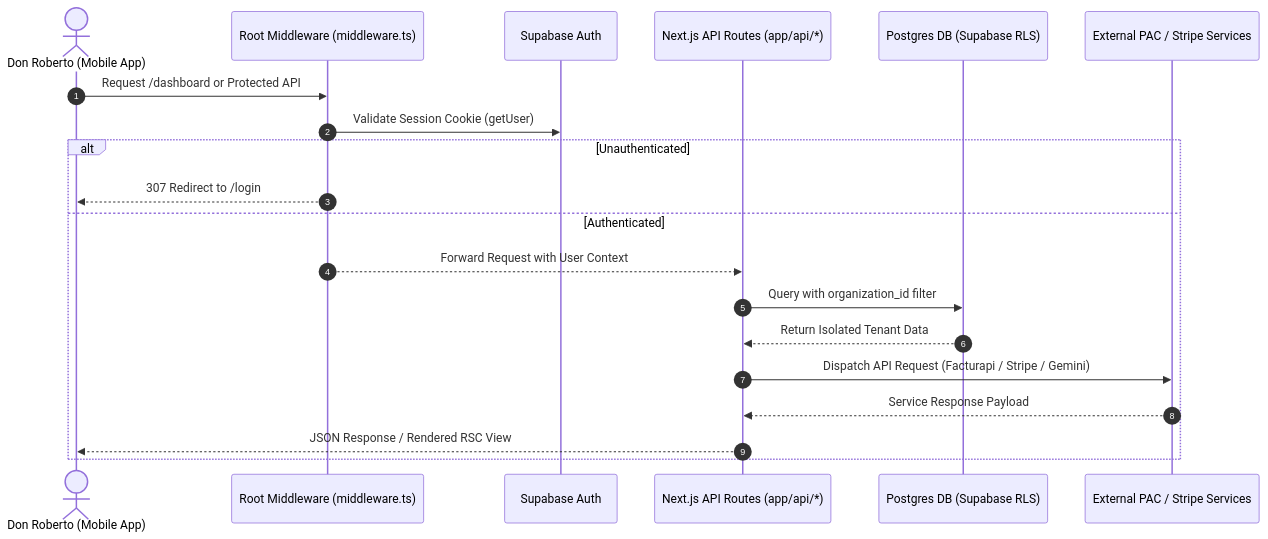
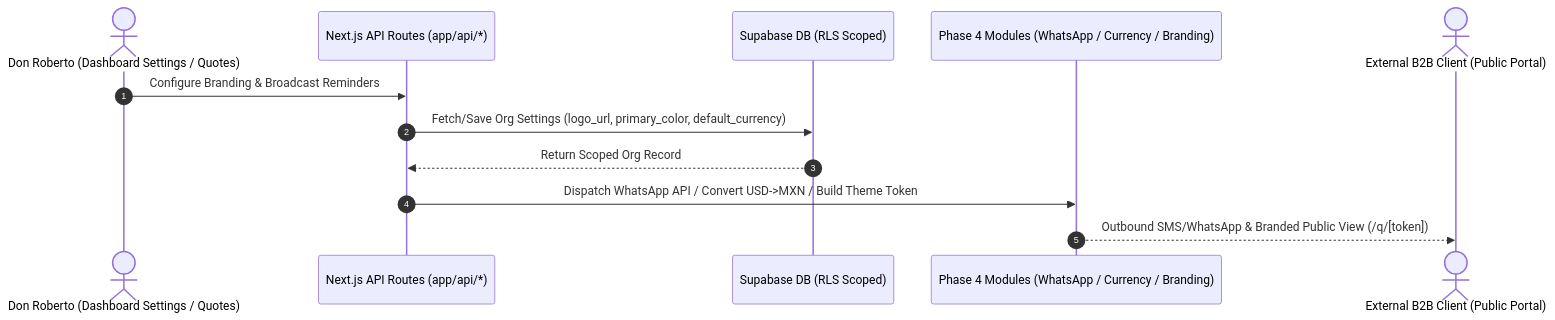
One commit to jesushzv/business-helper changed the diagram in docs/03-product-specs/feature_implementation_spec.md. Above: the diagram before and after it, drawn with Mermaid. The commit also changed other lines of this file and 11 other files, not shown here.

Commit message:
feat: implement Phase 4 post-launch features including automated WhatsApp broadcasting, multi-currency support, and organization branding settings.

````diff
--- a/docs/03-product-specs/feature_implementation_spec.md
+++ b/docs/03-product-specs/feature_implementation_spec.md
@@ -92,23 +81,15 @@
 ```mermaid
 sequenceDiagram
     autonumber
-    actor User as Don Roberto (Mobile App)
-    participant MW as Root Middleware (middleware.ts)
-    participant Auth as Supabase Auth
+    actor Owner as Don Roberto (Dashboard Settings / Quotes)
     participant API as Next.js API Routes (app/api/*)
-    participant DB as Postgres DB (Supabase RLS)
-    participant Ext as External PAC / Stripe Services
+    participant DB as Supabase DB (RLS Scoped)
+    participant Engine as Phase 4 Modules (WhatsApp / Currency / Branding)
+    actor Client as External B2B Client (Public Portal)
 
-    User->>MW: Request /dashboard or Protected API
-    MW->>Auth: Validate Session Cookie (getUser)
-    alt Unauthenticated
-        MW-->>User: 307 Redirect to /login
-    else Authenticated
-        MW-->>API: Forward Request with User Context
-        API->>DB: Query with organization_id filter
-        DB-->>API: Return Isolated Tenant Data
-        API->>Ext: Dispatch API Request (Facturapi / Stripe / Gemini)
-        Ext-->>API: Service Response Payload
-        API-->>User: JSON Response / Rendered RSC View
-    end
+    Owner->>API: Configure Branding & Broadcast Reminders
+    API->>DB: Fetch/Save Org Settings (logo_url, primary_color, default_currency)
+    DB-->>API: Return Scoped Org Record
+    API->>Engine: Dispatch WhatsApp API / Convert USD->MXN / Build Theme Token
+    Engine-->>Client: Outbound SMS/WhatsApp & Branded Public View (/q/[token])
 ```
````
